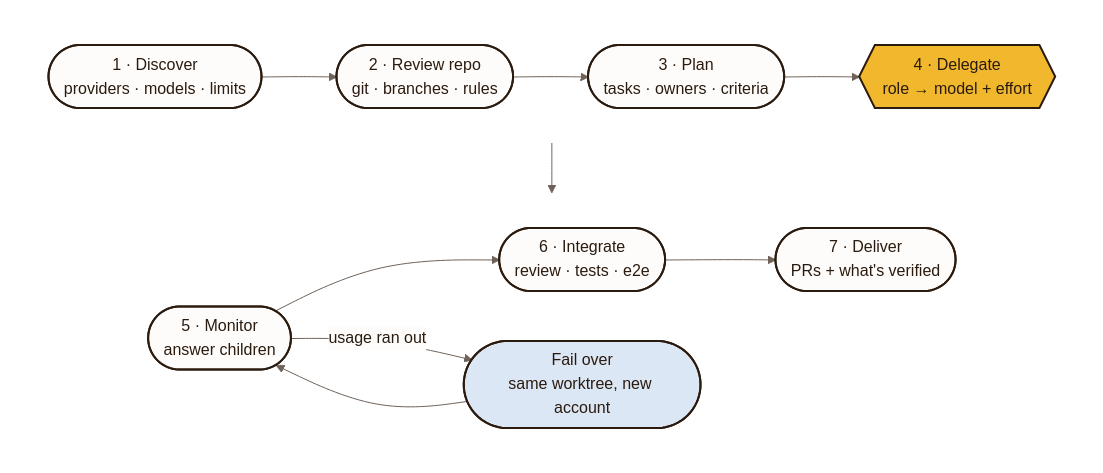
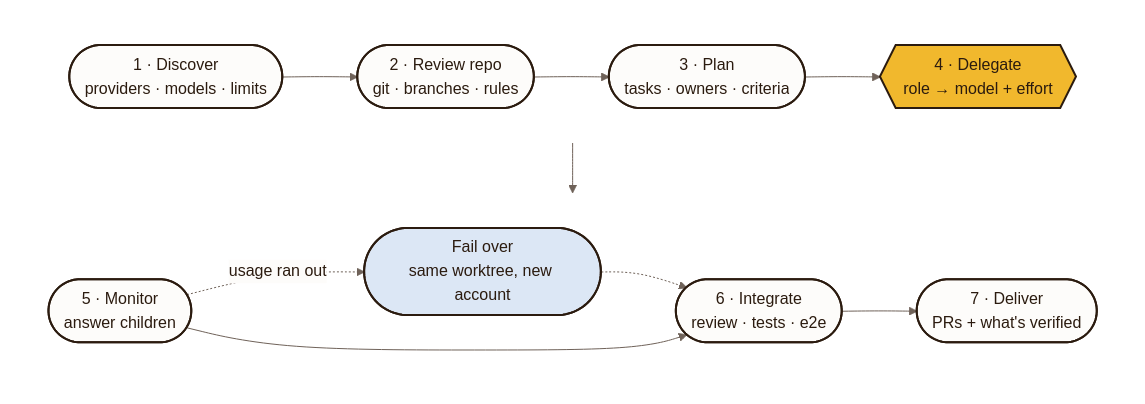
The first of 2 diagrams in README.md (wincrack07/t3-orchestrator), drawn with Mermaid before and after one commit.

Commit message:
Straighten failover path in run-flow diagram

````diff
--- a/README.md
+++ b/README.md
@@ -41,24 +41,23 @@
 ```mermaid
 %%{init: {'theme':'base','themeVariables':{'primaryColor':'#fdfcfa','primaryTextColor':'#2b1b0f','primaryBorderColor':'#2b1b0f','lineColor':'#6f6259','edgeLabelBackground':'#fdfcfa','fontFamily':'Figtree, ui-sans-serif, system-ui, sans-serif','fontSize':'16px'}}}%%
 flowchart TB
   subgraph prep [" "]
     direction LR
     A([1 · Discover<br/>providers · models · limits]) --> B([2 · Review repo<br/>git · branches · rules]) --> C([3 · Plan<br/>tasks · owners · criteria]) --> D{{4 · Delegate<br/>role → model + effort}}
   end
   subgraph run [" "]
     direction LR
-    E([5 · Monitor<br/>answer children]) --> G([6 · Integrate<br/>review · tests · e2e]) --> H([7 · Deliver<br/>PRs + what's verified])
-    E -- usage ran out --> F([Fail over<br/>same worktree, new account])
-    F --> E
+    E([5 · Monitor<br/>answer children]) -. usage ran out .-> F([Fail over<br/>same worktree, new account]) -.-> G([6 · Integrate<br/>review · tests · e2e]) --> H([7 · Deliver<br/>PRs + what's verified])
+    E --> G
   end
   prep --> run
 
   classDef base fill:#fdfcfa,stroke:#2b1b0f,stroke-width:2px,color:#2b1b0f;
   classDef lead fill:#f1b82d,stroke:#2b1b0f,stroke-width:2px,color:#2b1b0f;
   classDef sky fill:#dce7f5,stroke:#2b1b0f,stroke-width:2px,color:#2b1b0f;
   class A,B,C,E,G,H base;
   class D lead;
   class F sky;
   style prep fill:none,stroke:none;
   style run fill:none,stroke:none;
 ```
````
